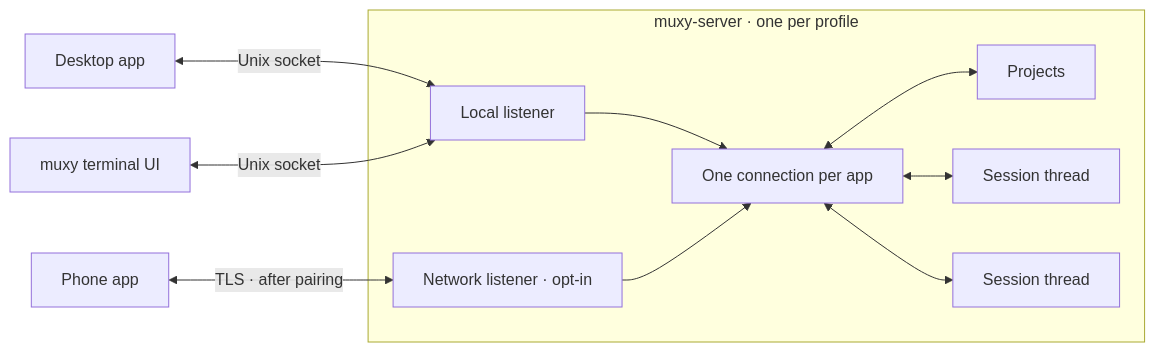
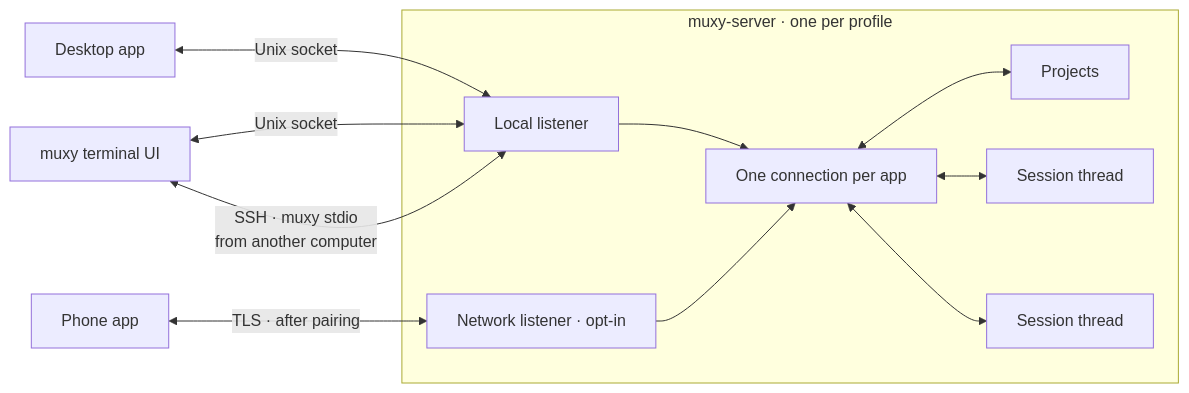
The first of 5 diagrams in docs/tech/architecture.md (muxy-app/muxy), drawn with Mermaid before and after one commit. The commit also changed 17 other files, not shown here.

````diff
--- a/docs/tech/architecture.md
+++ b/docs/tech/architecture.md
@@ -7,19 +7,20 @@
 ```mermaid
 flowchart LR
     DESKTOP["Desktop app"] <-->|"Unix socket"| LOCAL
     TUI["muxy terminal UI"] <-->|"Unix socket"| LOCAL
+    TUI <-->|"SSH · muxy stdio<br/>from another computer"| LOCAL
     PHONE["Phone app"] <-->|"TLS · after pairing"| NETWORK
     subgraph SERVER["muxy-server · one per profile"]
         LOCAL["Local listener"]
         NETWORK["Network listener · opt-in"]
         CONNECTION["One connection per app"]
         CATALOG["Projects"]
         S1["Session thread"]
         S2["Session thread"]
         LOCAL --> CONNECTION
         NETWORK --> CONNECTION
         CONNECTION <--> CATALOG
         CONNECTION <--> S1
         CONNECTION <--> S2
     end
 ```
````
